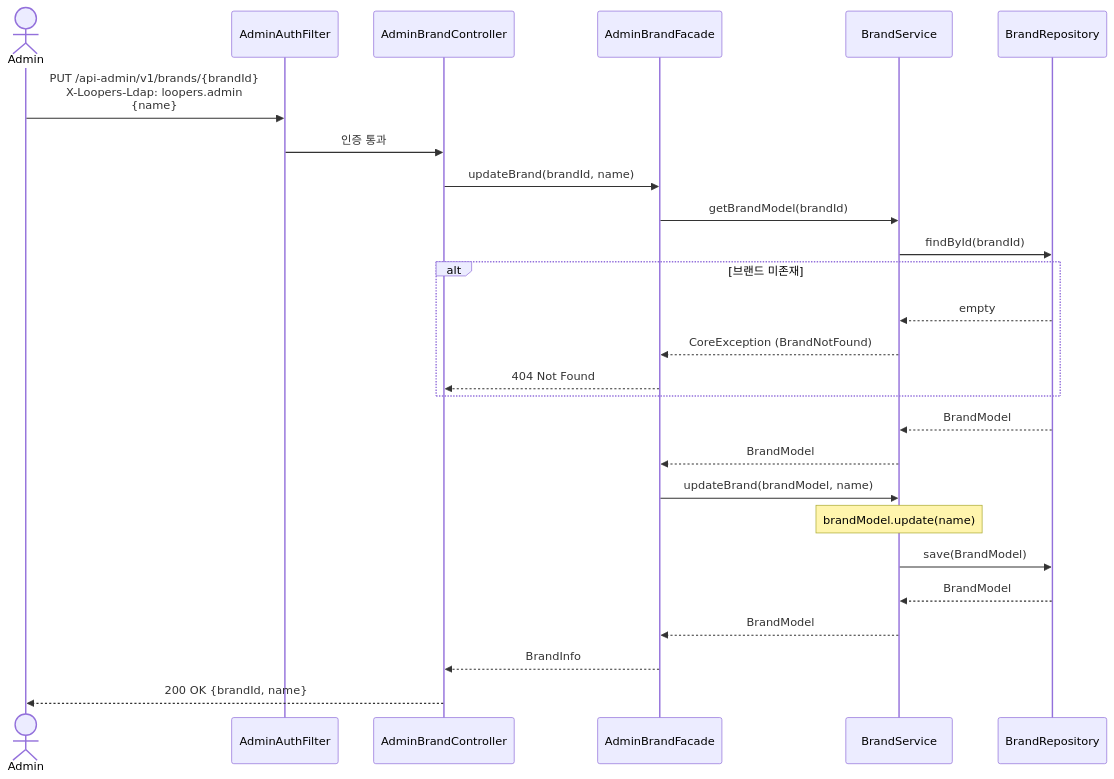
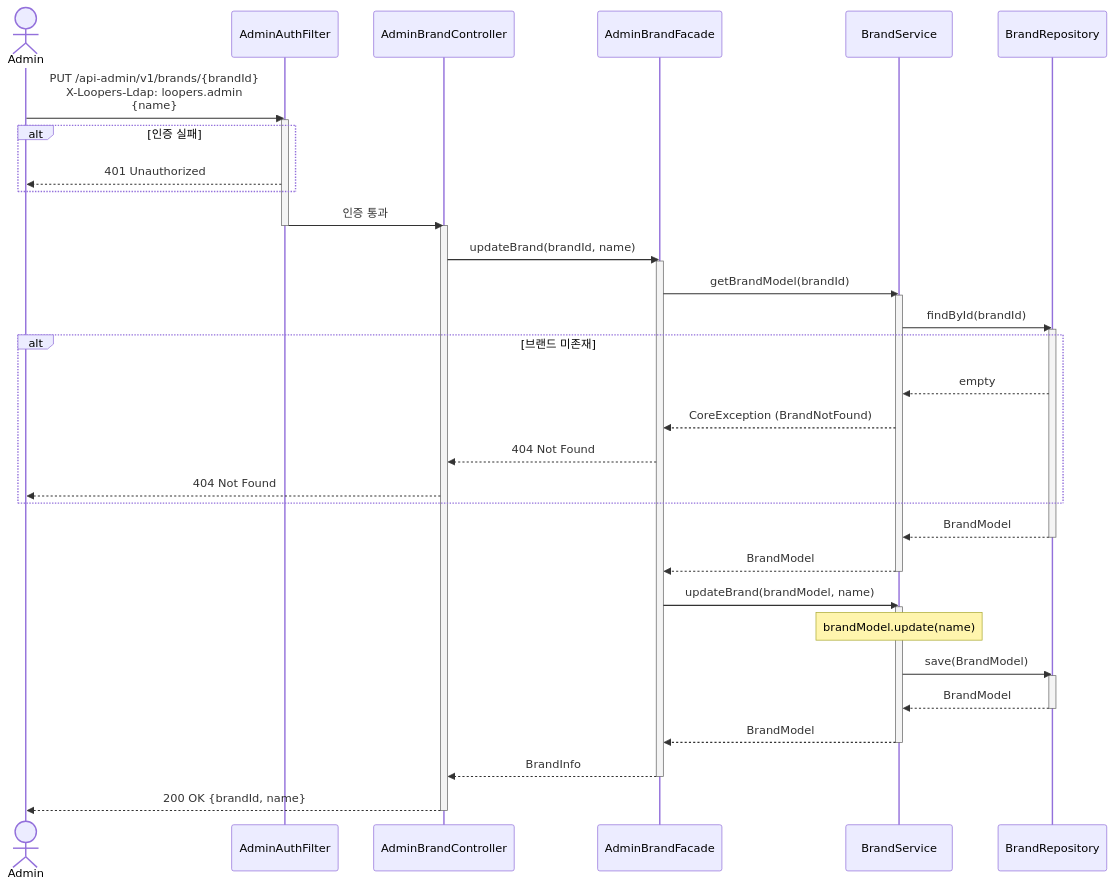
One commit to loopers-labs/loop-pack-be-l2-vol4-java changed the tenth of 25 diagrams in .docs/design/02-sequence-diagrams.md. Above: the diagram before and after it, drawn with Mermaid. The commit also changed other lines of this file and 5 other files, not shown here.

````diff
--- a/.docs/design/02-sequence-diagrams.md
+++ b/.docs/design/02-sequence-diagrams.md
@@ -380,32 +489,50 @@
 ```mermaid
 sequenceDiagram
     actor Admin
     participant AF as AdminAuthFilter
     participant BC as AdminBrandController
     participant BF as AdminBrandFacade
     participant BS as BrandService
     participant BR as BrandRepository
 
     Admin->>AF: PUT /api-admin/v1/brands/{brandId}<br/>X-Loopers-Ldap: loopers.admin<br/>{name}
+    activate AF
+    alt 인증 실패
+        AF-->>Admin: 401 Unauthorized
+    end
     AF->>BC: 인증 통과
+    deactivate AF
+    activate BC
 
     BC->>BF: updateBrand(brandId, name)
+    activate BF
     BF->>BS: getBrandModel(brandId)
+    activate BS
     BS->>BR: findById(brandId)
+    activate BR
     alt 브랜드 미존재
         BR-->>BS: empty
         BS-->>BF: CoreException (BrandNotFound)
         BF-->>BC: 404 Not Found
+        BC-->>Admin: 404 Not Found
     end
     BR-->>BS: BrandModel
+    deactivate BR
     BS-->>BF: BrandModel
+    deactivate BS
 
     BF->>BS: updateBrand(brandModel, name)
+    activate BS
     Note over BS: brandModel.update(name)
     BS->>BR: save(BrandModel)
+    activate BR
     BR-->>BS: BrandModel
+    deactivate BR
     BS-->>BF: BrandModel
+    deactivate BS
 
     BF-->>BC: BrandInfo
+    deactivate BF
     BC-->>Admin: 200 OK {brandId, name}
+    deactivate BC
 ```
````
